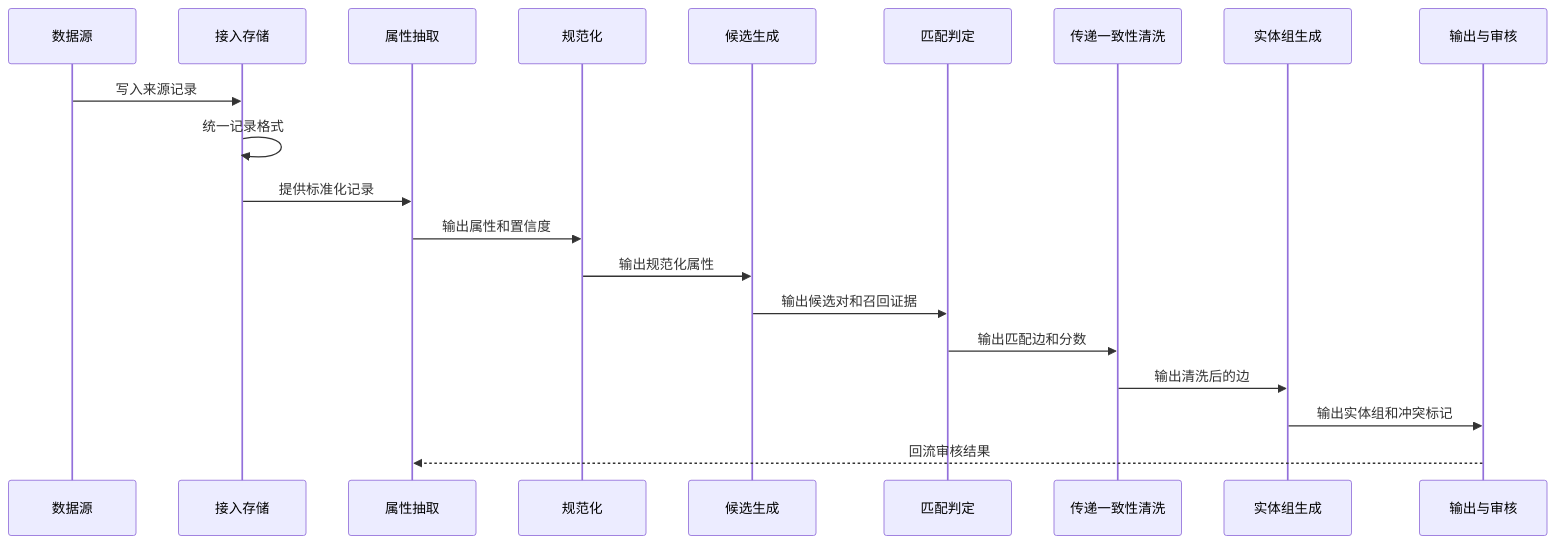
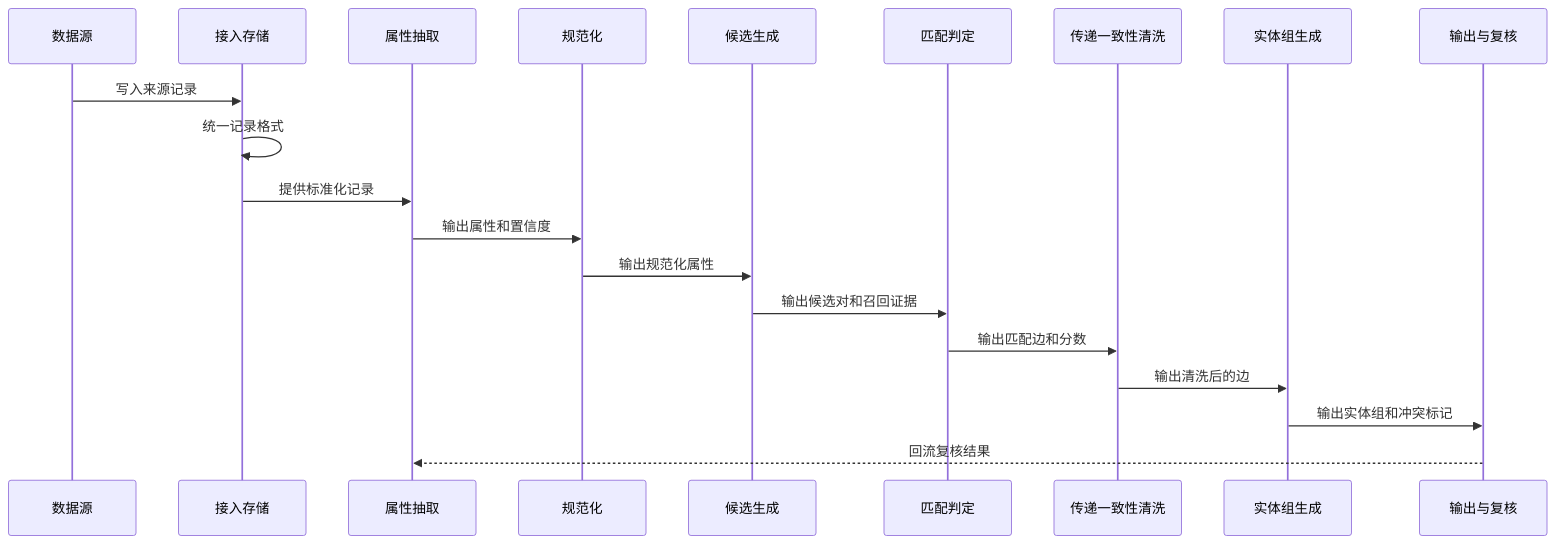
One commit to WorkerXu/my-doc changed the second of 2 diagrams in 多来源商品数据合并系统设计.md. Above: the diagram before and after it, drawn with Mermaid. The commit also changed other lines of this file, not shown here.

````diff
--- a/多来源商品数据合并系统设计.md
+++ b/多来源商品数据合并系统设计.md
@@ -122,23 +126,23 @@
 ```mermaid
 sequenceDiagram
     participant SRC as 数据源
     participant ING as 接入存储
     participant EXT as 属性抽取
     participant NORM as 规范化
     participant BLK as 候选生成
     participant MAT as 匹配判定
     participant CLN as 传递一致性清洗
     participant GRP as 实体组生成
-    participant OUT as 输出与审核
+    participant OUT as 输出与复核
 
     SRC->>ING: 写入来源记录
     ING->>ING: 统一记录格式
     ING->>EXT: 提供标准化记录
     EXT->>NORM: 输出属性和置信度
     NORM->>BLK: 输出规范化属性
     BLK->>MAT: 输出候选对和召回证据
     MAT->>CLN: 输出匹配边和分数
     CLN->>GRP: 输出清洗后的边
     GRP->>OUT: 输出实体组和冲突标记
-    OUT-->>EXT: 回流审核结果
+    OUT-->>EXT: 回流复核结果
 ```
````
